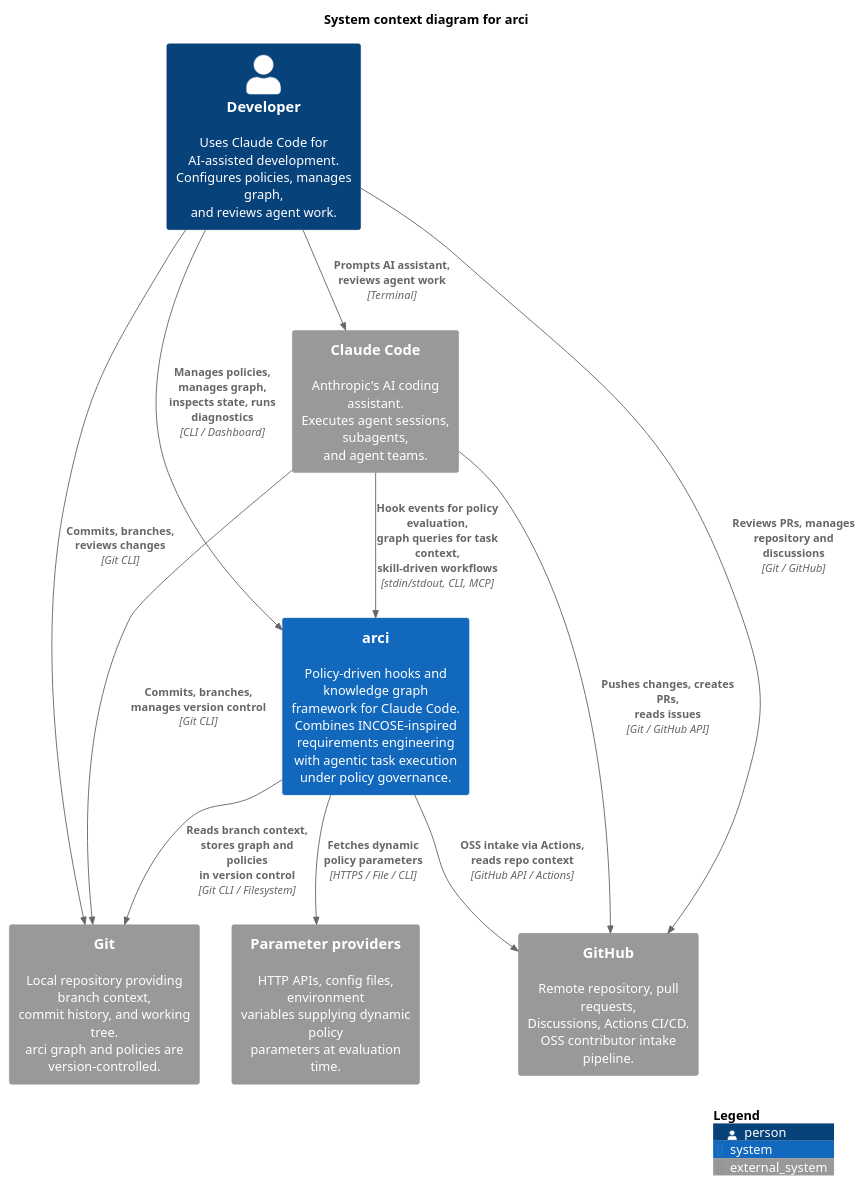
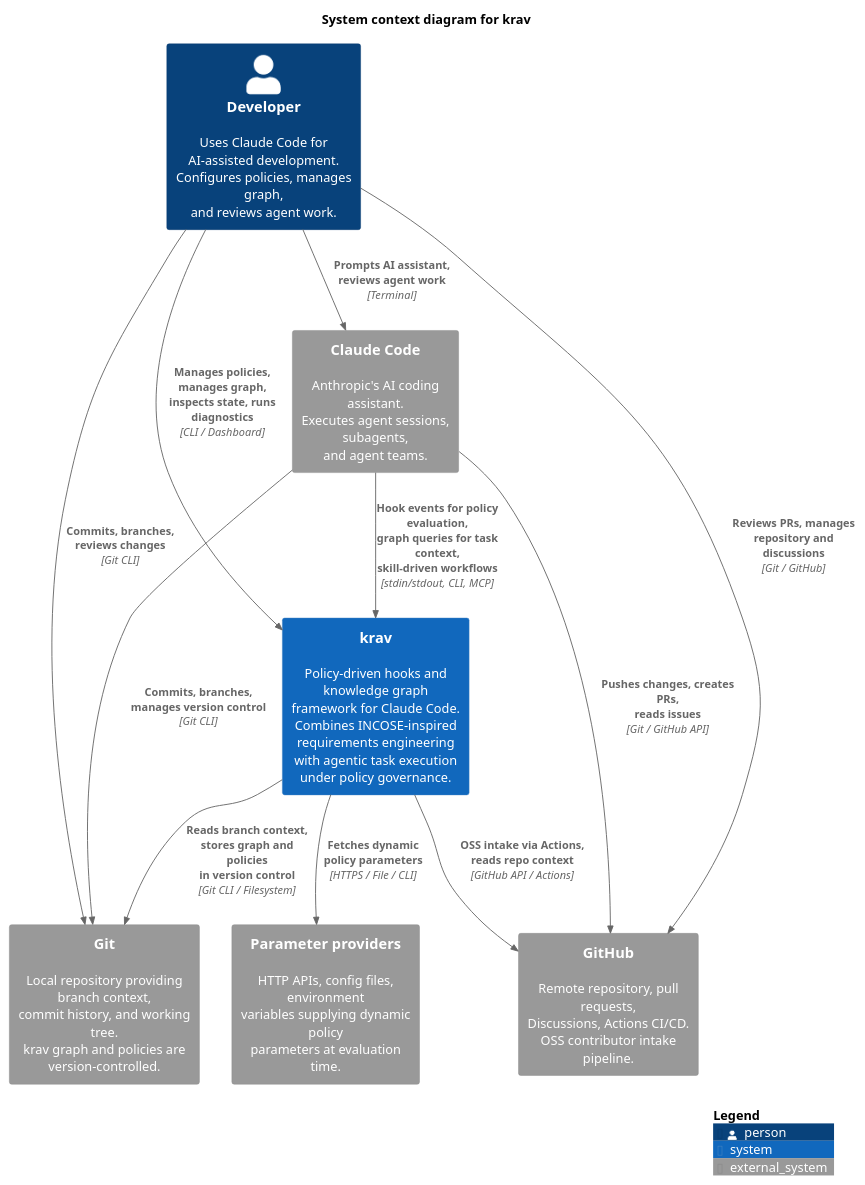
One commit to krav-sh/krav changed the diagram in docs/design/diagrams/krav-c4-context.puml. Above: the diagram before and after it, drawn with PlantUML. The commit also changed 111 other files, not shown here.

```diff
--- a/docs/design/diagrams/krav-c4-context.puml
+++ b/docs/design/diagrams/krav-c4-context.puml
@@ -1,36 +1,36 @@
-@startuml arci-c4-context
+@startuml krav-c4-context
 !include <C4/C4_Context>
 
-title System context diagram for arci
+title System context diagram for krav
 
 Person(developer, "Developer", "Uses Claude Code for AI-assisted development.\nConfigures policies, manages graph,\nand reviews agent work.")
 
-System(arci, "arci", "Policy-driven hooks and knowledge graph\nframework for Claude Code. Combines INCOSE-inspired\nrequirements engineering with agentic task execution\nunder policy governance.")
+System(krav, "krav", "Policy-driven hooks and knowledge graph\nframework for Claude Code. Combines INCOSE-inspired\nrequirements engineering with agentic task execution\nunder policy governance.")
 
 System_Ext(claude_code, "Claude Code", "Anthropic's AI coding assistant.\nExecutes agent sessions, subagents,\nand agent teams.")
 
-System_Ext(git, "Git", "Local repository providing branch context,\ncommit history, and working tree.\narci graph and policies are version-controlled.")
+System_Ext(git, "Git", "Local repository providing branch context,\ncommit history, and working tree.\nkrav graph and policies are version-controlled.")
 
 System_Ext(github, "GitHub", "Remote repository, pull requests,\nDiscussions, Actions CI/CD.\nOSS contributor intake pipeline.")
 
 System_Ext(param_providers, "Parameter providers", "HTTP APIs, config files, environment\nvariables supplying dynamic policy\nparameters at evaluation time.")
 
 ' Developer relationships
 Rel(developer, claude_code, "Prompts AI assistant,\nreviews agent work", "Terminal")
-Rel(developer, arci, "Manages policies, manages graph,\ninspects state, runs diagnostics", "CLI / Dashboard")
+Rel(developer, krav, "Manages policies, manages graph,\ninspects state, runs diagnostics", "CLI / Dashboard")
 Rel(developer, git, "Commits, branches,\nreviews changes", "Git CLI")
 Rel(developer, github, "Reviews PRs, manages\nrepository and discussions", "Git / GitHub")
 
 ' Claude Code relationships
-Rel(claude_code, arci, "Hook events for policy evaluation,\ngraph queries for task context,\nskill-driven workflows", "stdin/stdout, CLI, MCP")
+Rel(claude_code, krav, "Hook events for policy evaluation,\ngraph queries for task context,\nskill-driven workflows", "stdin/stdout, CLI, MCP")
 Rel(claude_code, git, "Commits, branches,\nmanages version control", "Git CLI")
 Rel(claude_code, github, "Pushes changes, creates PRs,\nreads issues", "Git / GitHub API")
 
-' arci relationships
-Rel(arci, git, "Reads branch context,\nstores graph and policies\nin version control", "Git CLI / Filesystem")
-Rel(arci, github, "OSS intake via Actions,\nreads repo context", "GitHub API / Actions")
-Rel(arci, param_providers, "Fetches dynamic\npolicy parameters", "HTTPS / File / CLI")
+' krav relationships
+Rel(krav, git, "Reads branch context,\nstores graph and policies\nin version control", "Git CLI / Filesystem")
+Rel(krav, github, "OSS intake via Actions,\nreads repo context", "GitHub API / Actions")
+Rel(krav, param_providers, "Fetches dynamic\npolicy parameters", "HTTPS / File / CLI")
 
 SHOW_LEGEND()
 
 @enduml
```
